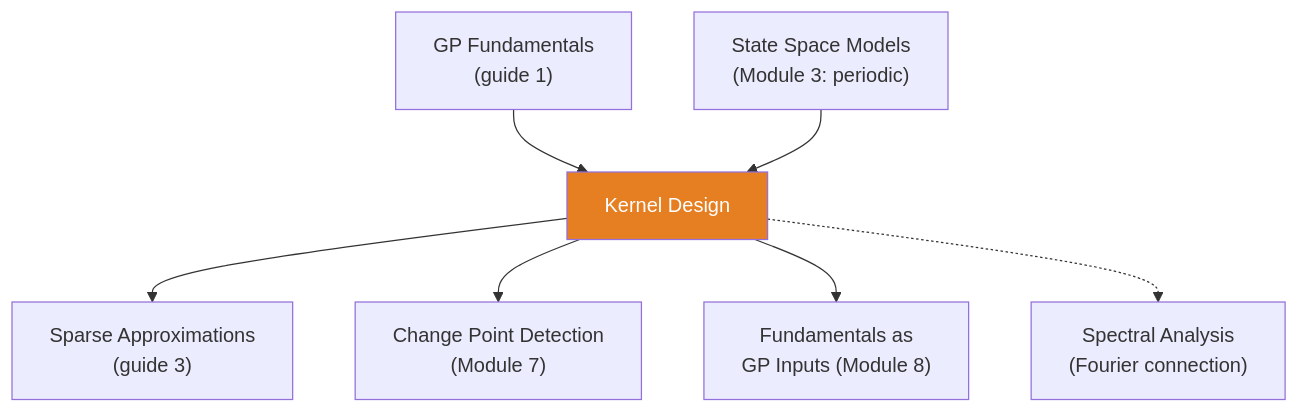
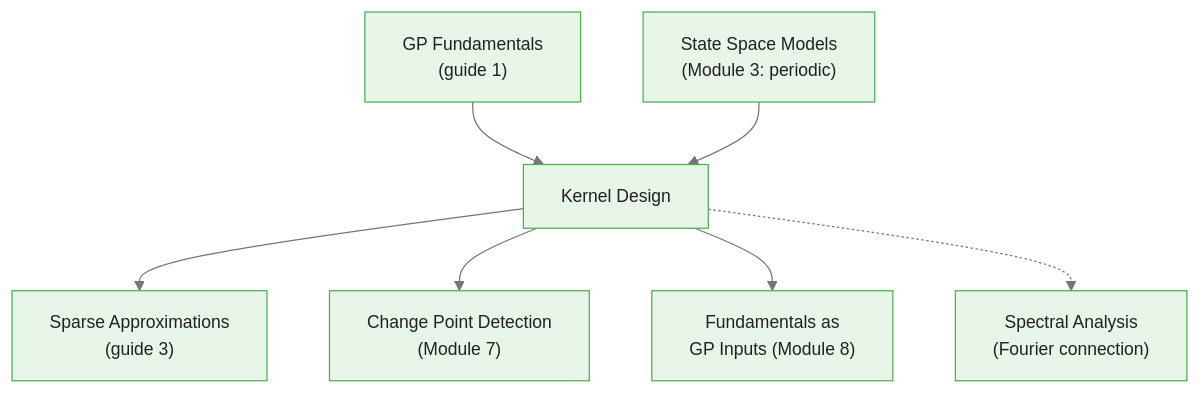
The sixth of 6 diagrams in courses/bayesian-commodity-forecasting/modules/module_05_gaussian_processes/guides/02_kernel_design_slides.md (m-deane/course-creator), drawn with Mermaid before and after one commit. The commit also changed other lines of this file and 104 other files, not shown here.

````diff
--- a/courses/bayesian-commodity-forecasting/modules/module_05_gaussian_processes/guides/02_kernel_design_slides.md
+++ b/courses/bayesian-commodity-forecasting/modules/module_05_gaussian_processes/guides/02_kernel_design_slides.md
@@ -503,10 +510,10 @@
 ```mermaid
+%%{init: {"theme": "base", "themeVariables": {"primaryColor": "#e8f5e9", "primaryBorderColor": "#4caf50", "primaryTextColor": "#212121", "secondaryColor": "#e3f2fd", "tertiaryColor": "#fff8e1", "lineColor": "#757575", "fontFamily": "Inter, sans-serif", "fontSize": "14px"}}}%%
 flowchart TD
     GPF["GP Fundamentals\n(guide 1)"] --> KD["Kernel Design"]
     SSM["State Space Models\n(Module 3: periodic)"] --> KD
     KD --> SA["Sparse Approximations\n(guide 3)"]
     KD --> CP["Change Point Detection\n(Module 7)"]
     KD --> FI["Fundamentals as\nGP Inputs (Module 8)"]
     KD -.-> SPEC["Spectral Analysis\n(Fourier connection)"]
-    style KD fill:#e67e22,color:#fff
 ```
````
